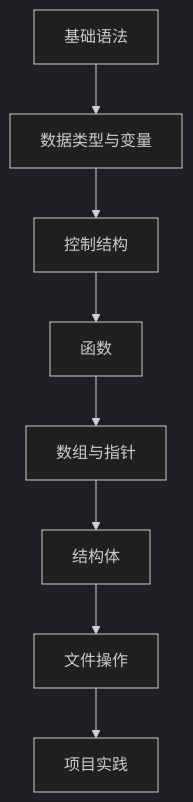
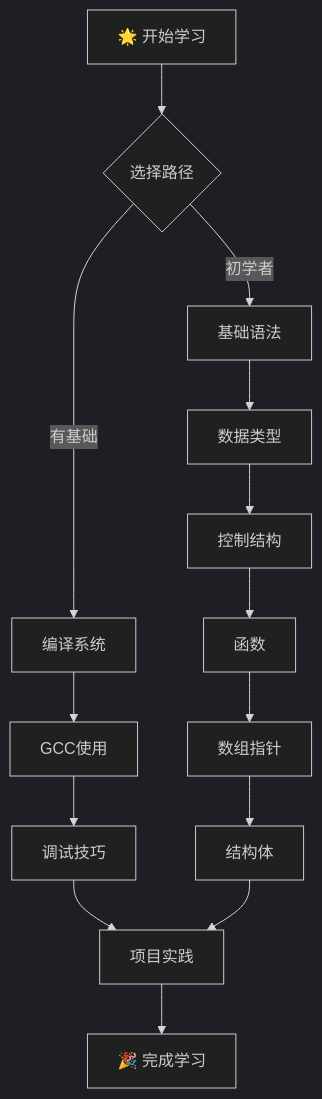
Before and after one commit to hulu798/C-Notes: the first of 2 diagrams in README.md, drawn with Mermaid (dark theme). The commit also changed other lines of this file, not shown here.

````diff
--- a/README.md
+++ b/README.md
@@ -62,10 +75,16 @@
 ```mermaid
 graph TD
-    A[基础语法] --> B[数据类型与变量]
-    B --> C[控制结构]
-    C --> D[函数]
-    D --> E[数组与指针]
-    E --> F[结构体]
-    F --> G[文件操作]
-    G --> H[项目实践]
+    A[🌟 开始学习] --> B{选择路径}
+    B -->|初学者| C[基础语法]
+    B -->|有基础| D[编译系统]
+    C --> E[数据类型]
+    E --> F[控制结构]
+    F --> G[函数]
+    G --> H[数组指针]
+    H --> I[结构体]
+    D --> J[GCC使用]
+    J --> K[调试技巧]
+    K --> L[项目实践]
+    I --> L
+    L --> M[🎉 完成学习]
 ```
````
